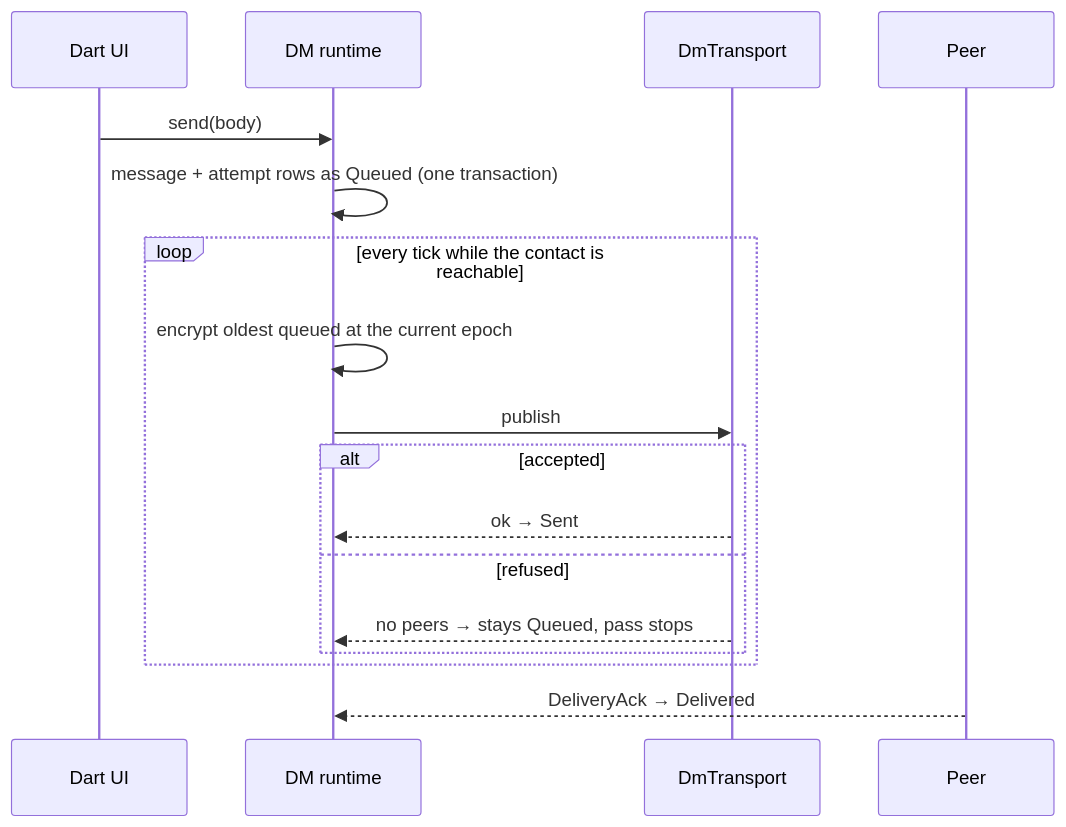
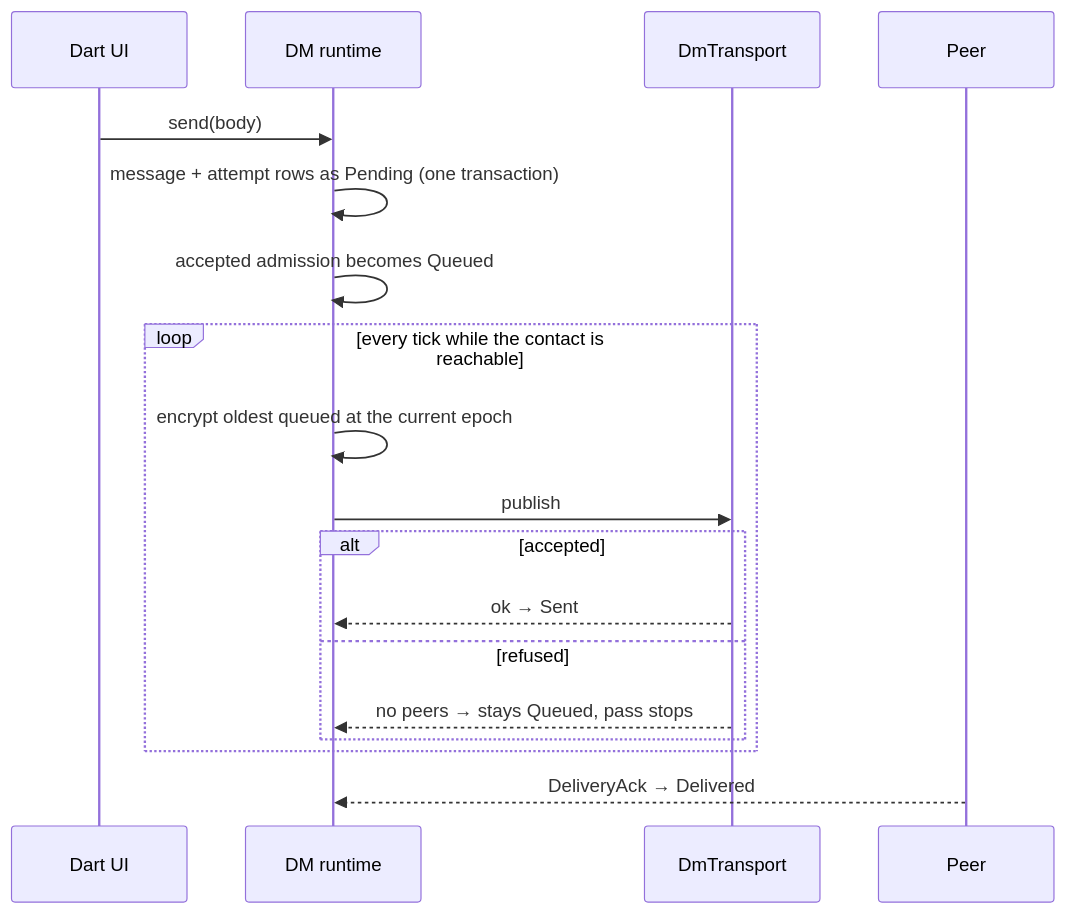
One commit to redstone-md/mosh-flutter changed the third of 5 diagrams in docs/Features/private-dm.md. Above: the diagram before and after it, drawn with Mermaid. The commit also changed other lines of this file and 5 other files, not shown here.

````diff
--- a/docs/Features/private-dm.md
+++ b/docs/Features/private-dm.md
@@ -74,19 +77,20 @@
 ```mermaid
 sequenceDiagram
     participant UI as Dart UI
     participant RT as DM runtime
     participant T as DmTransport
     participant Peer
     UI->>RT: send(body)
-    RT->>RT: message + attempt rows as Queued (one transaction)
+    RT->>RT: message + attempt rows as Pending (one transaction)
+    RT->>RT: accepted admission becomes Queued
     loop every tick while the contact is reachable
         RT->>RT: encrypt oldest queued at the current epoch
         RT->>T: publish
         alt accepted
             T-->>RT: ok → Sent
         else refused
             T-->>RT: no peers → stays Queued, pass stops
         end
     end
     Peer-->>RT: DeliveryAck → Delivered
 ```
````
